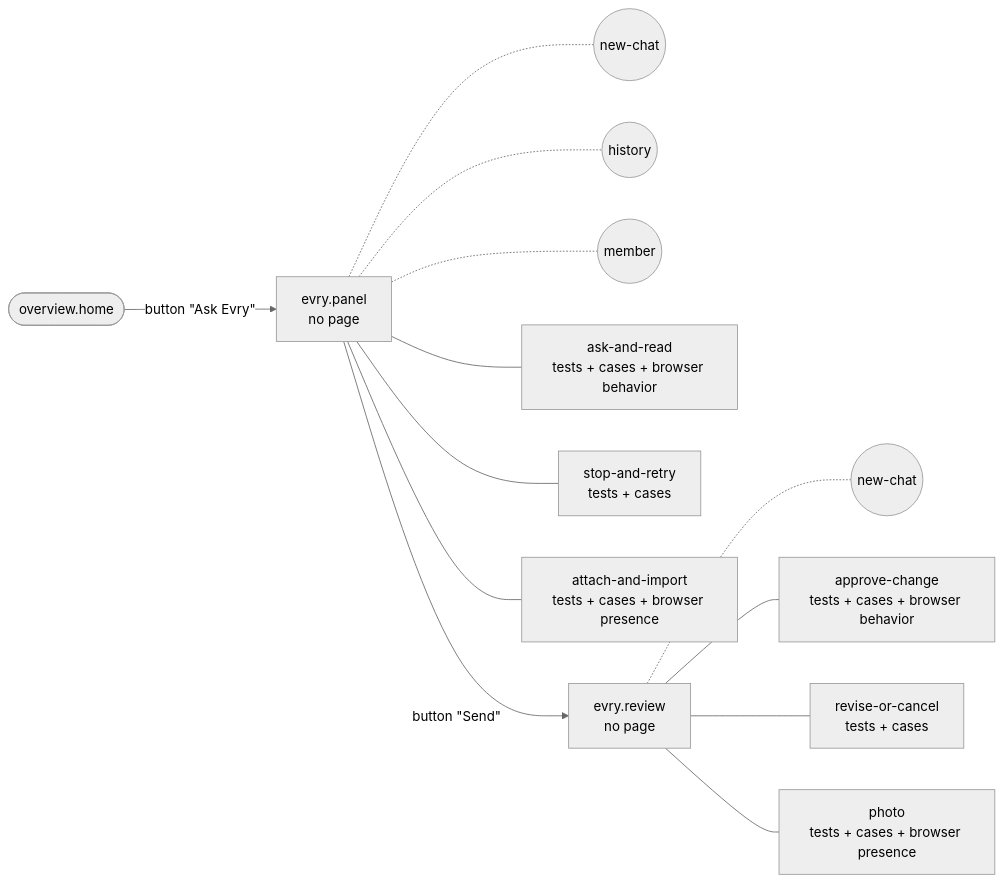
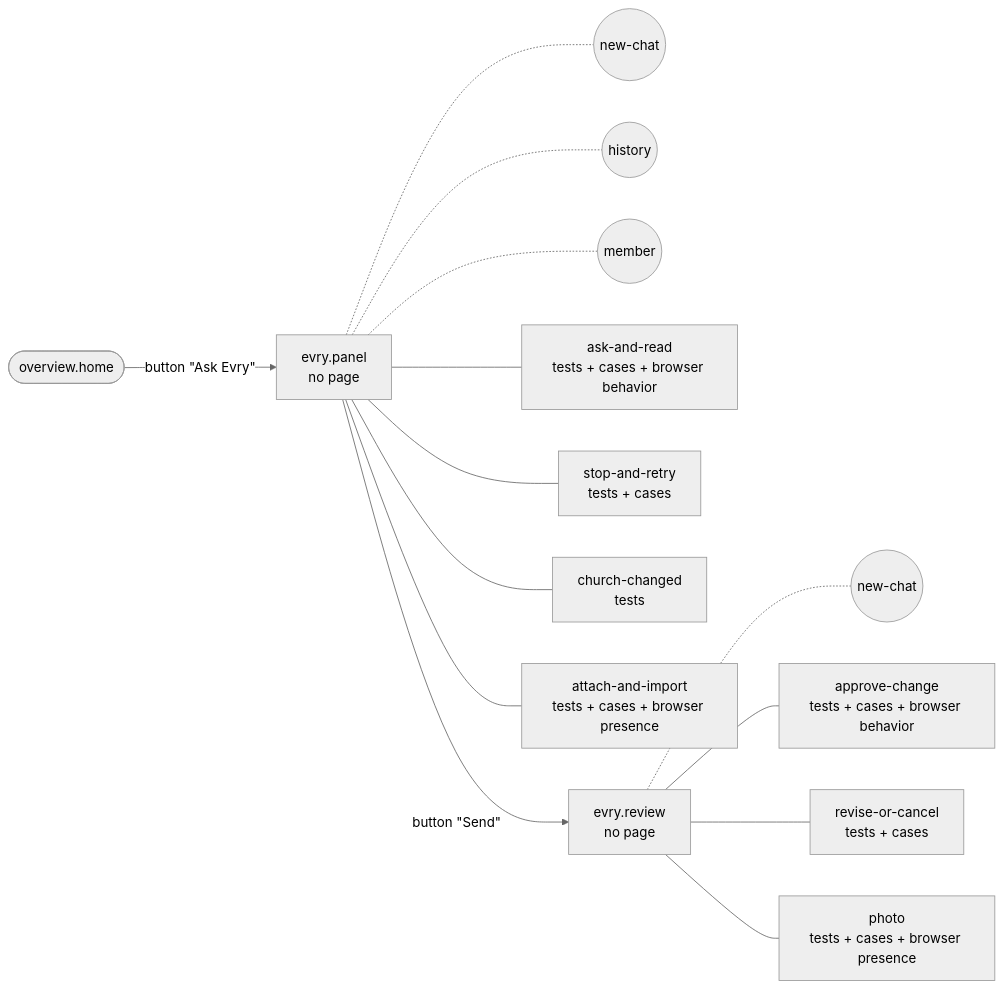
One commit to SebastianGarces/everyfield changed the diagram in docs/feature-maps/evry.md. Above: the diagram before and after it, drawn with Mermaid (neutral theme). The commit also changed other lines of this file and 13 other files, not shown here.

````diff
--- a/docs/feature-maps/evry.md
+++ b/docs/feature-maps/evry.md
@@ -6,18 +6,19 @@
 ```mermaid
 flowchart LR
   x_overview_home(["overview.home"])
   s0["evry.panel<br/>no page"]
   x_overview_home -- "button #quot;Ask Evry#quot;" --> s0
   s0 -.- s0_st0(("new-chat"))
   s0 -.- s0_st1(("history"))
   s0 -.- s0_st2(("member"))
   s0 --- s0_b0["ask-and-read<br/>tests + cases + browser behavior"]
   s0 --- s0_b1["stop-and-retry<br/>tests + cases"]
-  s0 --- s0_b2["attach-and-import<br/>tests + cases + browser presence"]
+  s0 --- s0_b2["church-changed<br/>tests"]
+  s0 --- s0_b3["attach-and-import<br/>tests + cases + browser presence"]
   s1["evry.review<br/>no page"]
   s0 -- "button #quot;Send#quot;" --> s1
   s1 -.- s1_st0(("new-chat"))
   s1 --- s1_b0["approve-change<br/>tests + cases + browser behavior"]
   s1 --- s1_b1["revise-or-cancel<br/>tests + cases"]
   s1 --- s1_b2["photo<br/>tests + cases + browser presence"]
 ```
````
